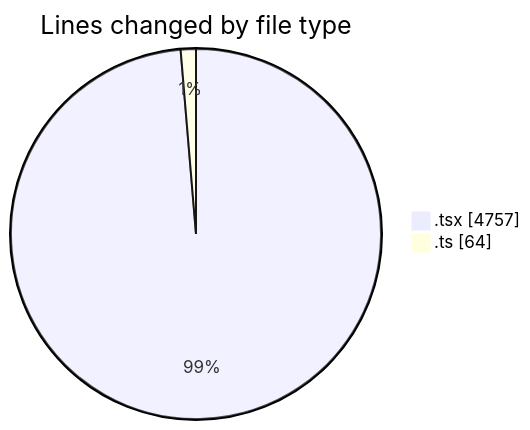
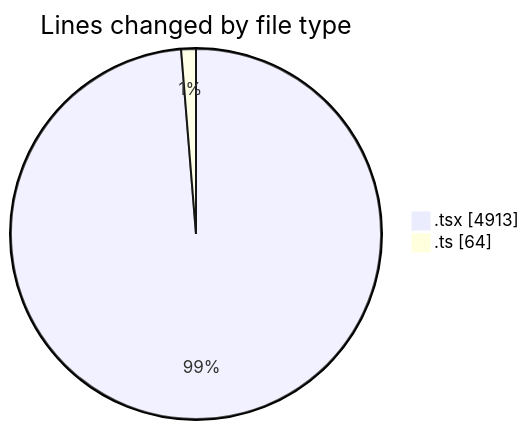
One commit to nxtqubesakshisongat/code-tracking changed the first of 2 diagrams in 2026-04-09/airfeed-analytics-dashboard/README.md. Above: the diagram before and after it, drawn with Mermaid. The commit also changed other lines of this file and 1 other file, not shown here.

````diff
--- a/2026-04-09/airfeed-analytics-dashboard/README.md
+++ b/2026-04-09/airfeed-analytics-dashboard/README.md
@@ -35,6 +35,6 @@
 ```mermaid
 pie showData
 title Lines changed by file type
-".tsx" : 4757
+".tsx" : 4913
 ".ts" : 64
 ```
````
